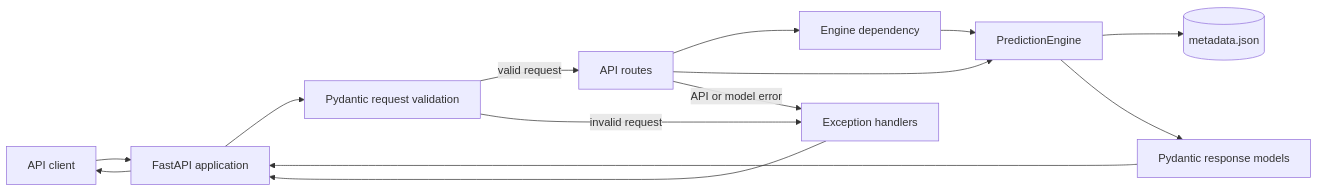
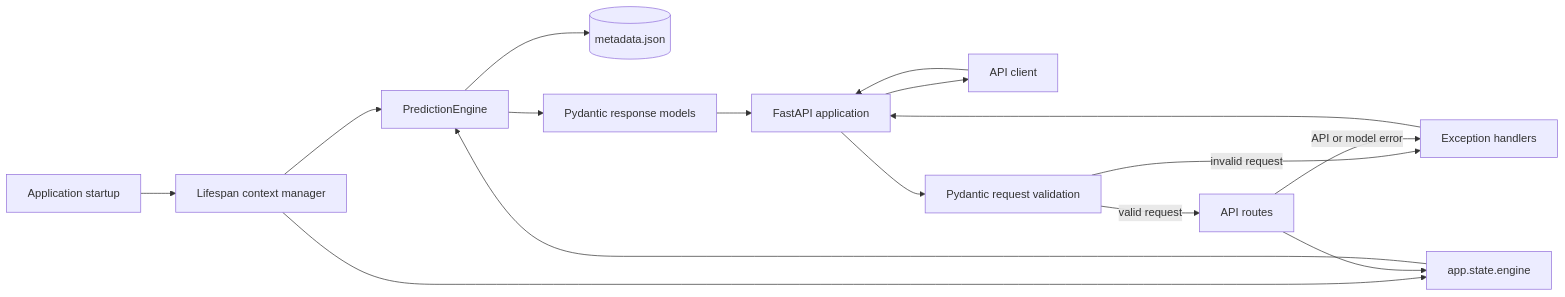
Before and after one commit to Soham-Chatterjee/production-prediction-service: the diagram in README.md, drawn with Mermaid. The commit also changed other lines of this file and 5 other files, not shown here.

First line of the commit message:
feat: initialize PredictionEngine in FastAPI lifespan

````diff
--- a/README.md
+++ b/README.md
@@ -7,26 +7,30 @@
 ```mermaid
 flowchart LR
+		Startup[Application startup]
+		Lifespan[Lifespan context manager]
+		Engine[PredictionEngine]
+		Metadata[(metadata.json)]
+		AppState[app.state.engine]
 		Client[API client]
 		App[FastAPI application]
 		Validation[Pydantic request validation]
 		Routes[API routes]
-		Dependency[Engine dependency]
-		Engine[PredictionEngine]
-		Metadata[(metadata.json)]
 		Response[Pydantic response models]
 		Error[Exception handlers]
 
+		Startup --> Lifespan
+		Lifespan --> Engine
+		Engine --> Metadata
+		Lifespan --> AppState
 		Client --> App
 		App --> Validation
 		Validation -->|valid request| Routes
 		Validation -->|invalid request| Error
-		Routes --> Dependency
-		Dependency --> Engine
-		Engine --> Metadata
-		Routes --> Engine
+		Routes --> AppState
+		AppState --> Engine
 		Engine --> Response
 		Response --> App
 		Routes -->|API or model error| Error
 		Error --> App
 		App --> Client
 ```
````
